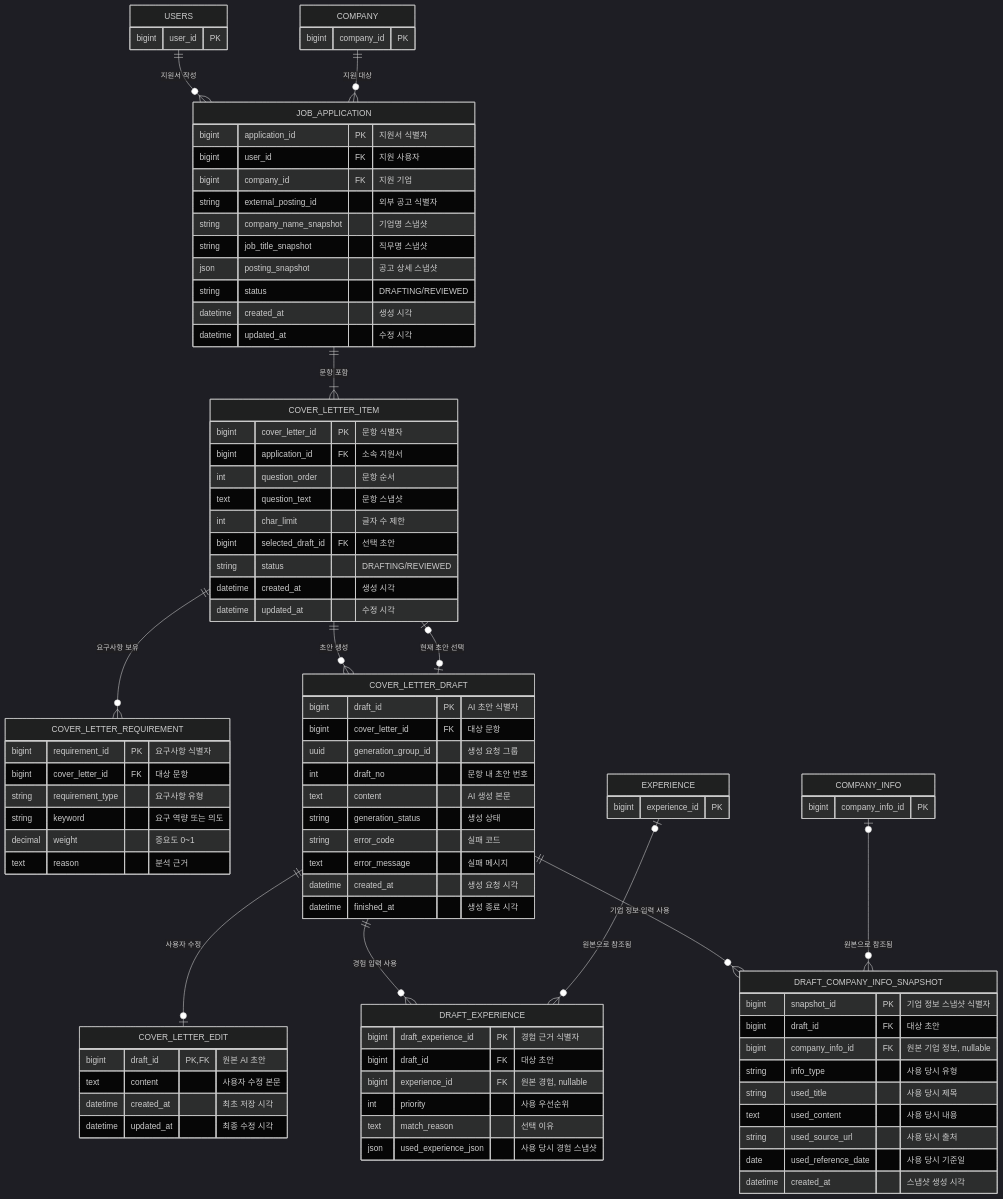
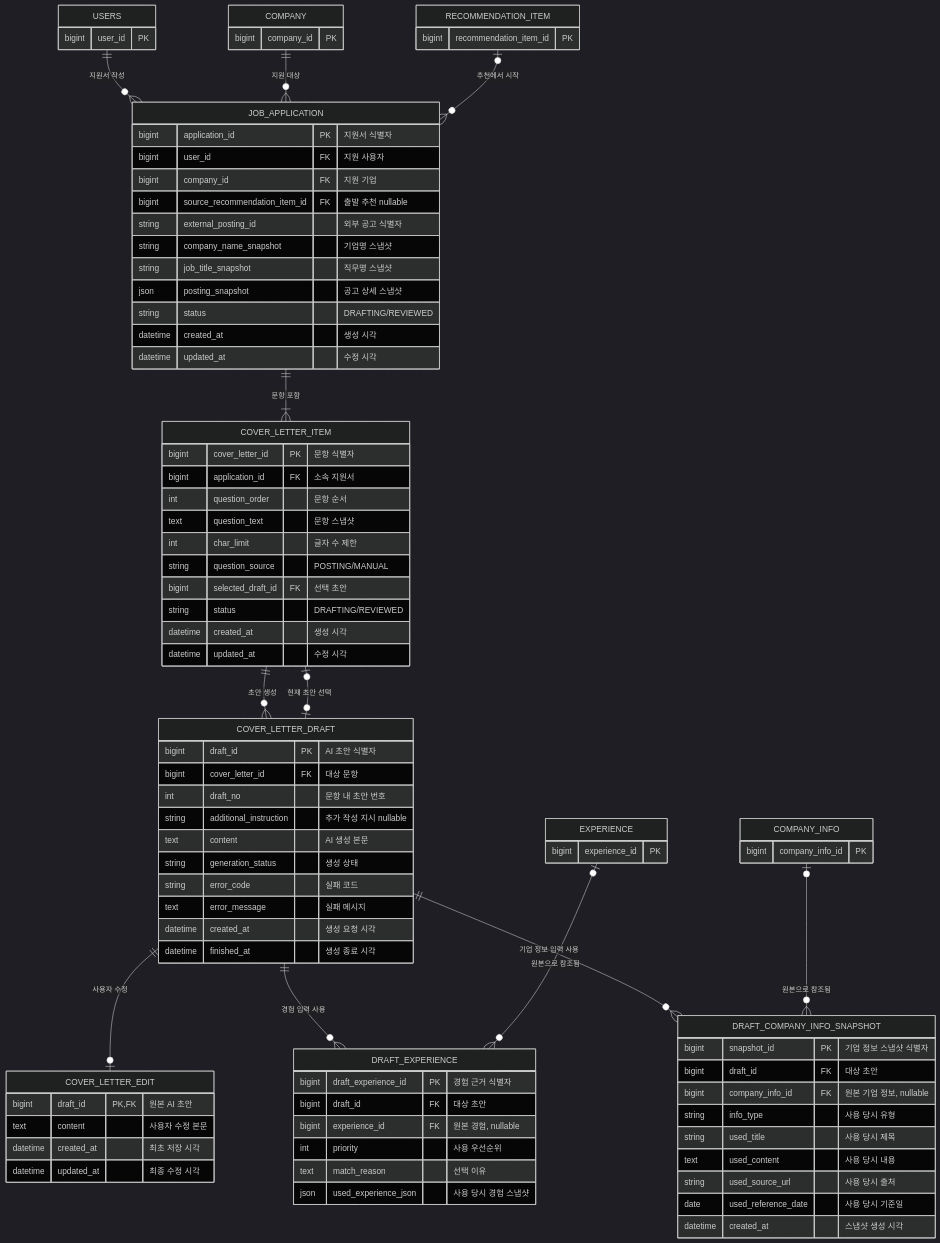
The diagram in docs/db/04_application_cover_letter.md (skala-gj-6/resume-recommendation), drawn with Mermaid (dark theme) before and after one commit. The commit also changed other lines of this file and 82 other files, not shown here.

First line of the commit message:
Feature/backend demo flow (#21)

```diff
--- a/docs/db/04_application_cover_letter.md
+++ b/docs/db/04_application_cover_letter.md
@@ -8,9 +8,9 @@
 erDiagram
     USERS ||--o{ JOB_APPLICATION : "지원서 작성"
     COMPANY ||--o{ JOB_APPLICATION : "지원 대상"
+    RECOMMENDATION_ITEM o|--o{ JOB_APPLICATION : "추천에서 시작"
     JOB_APPLICATION ||--|{ COVER_LETTER_ITEM : "문항 포함"
 
-    COVER_LETTER_ITEM ||--o{ COVER_LETTER_REQUIREMENT : "요구사항 보유"
     COVER_LETTER_ITEM ||--o{ COVER_LETTER_DRAFT : "초안 생성"
     COVER_LETTER_ITEM o|--o| COVER_LETTER_DRAFT : "현재 초안 선택"
     COVER_LETTER_DRAFT ||--o| COVER_LETTER_EDIT : "사용자 수정"
@@ -36,10 +36,15 @@
         bigint company_info_id PK
     }
 
+    RECOMMENDATION_ITEM {
+        bigint recommendation_item_id PK
+    }
+
     JOB_APPLICATION {
         bigint application_id PK "지원서 식별자"
         bigint user_id FK "지원 사용자"
         bigint company_id FK "지원 기업"
+        bigint source_recommendation_item_id FK "출발 추천 nullable"
         string external_posting_id "외부 공고 식별자"
         string company_name_snapshot "기업명 스냅샷"
         string job_title_snapshot "직무명 스냅샷"
@@ -55,26 +60,18 @@
         int question_order "문항 순서"
         text question_text "문항 스냅샷"
         int char_limit "글자 수 제한"
+        string question_source "POSTING/MANUAL"
         bigint selected_draft_id FK "선택 초안"
         string status "DRAFTING/REVIEWED"
         datetime created_at "생성 시각"
         datetime updated_at "수정 시각"
     }
 
-    COVER_LETTER_REQUIREMENT {
-        bigint requirement_id PK "요구사항 식별자"
-        bigint cover_letter_id FK "대상 문항"
-        string requirement_type "요구사항 유형"
-        string keyword "요구 역량 또는 의도"
-        decimal weight "중요도 0~1"
-        text reason "분석 근거"
-    }
-
     COVER_LETTER_DRAFT {
         bigint draft_id PK "AI 초안 식별자"
         bigint cover_letter_id FK "대상 문항"
-        uuid generation_group_id "생성 요청 그룹"
         int draft_no "문항 내 초안 번호"
+        string additional_instruction "추가 작성 지시 nullable"
         text content "AI 생성 본문"
         string generation_status "생성 상태"
         string error_code "실패 코드"
```
